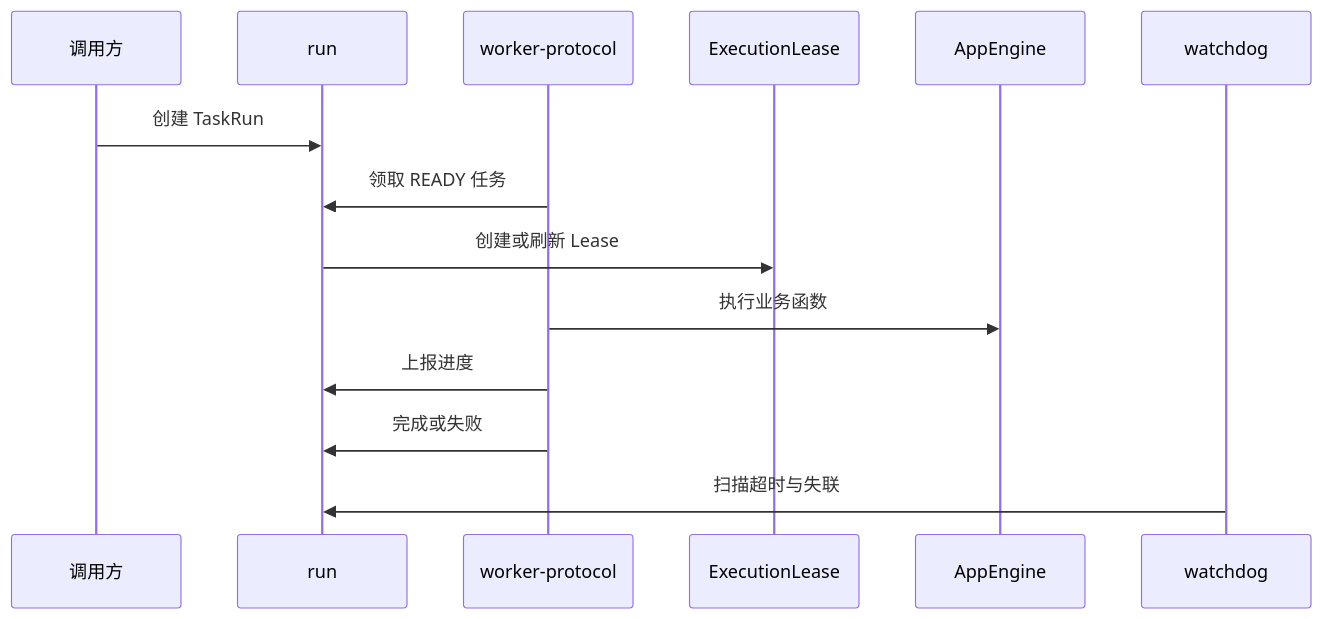
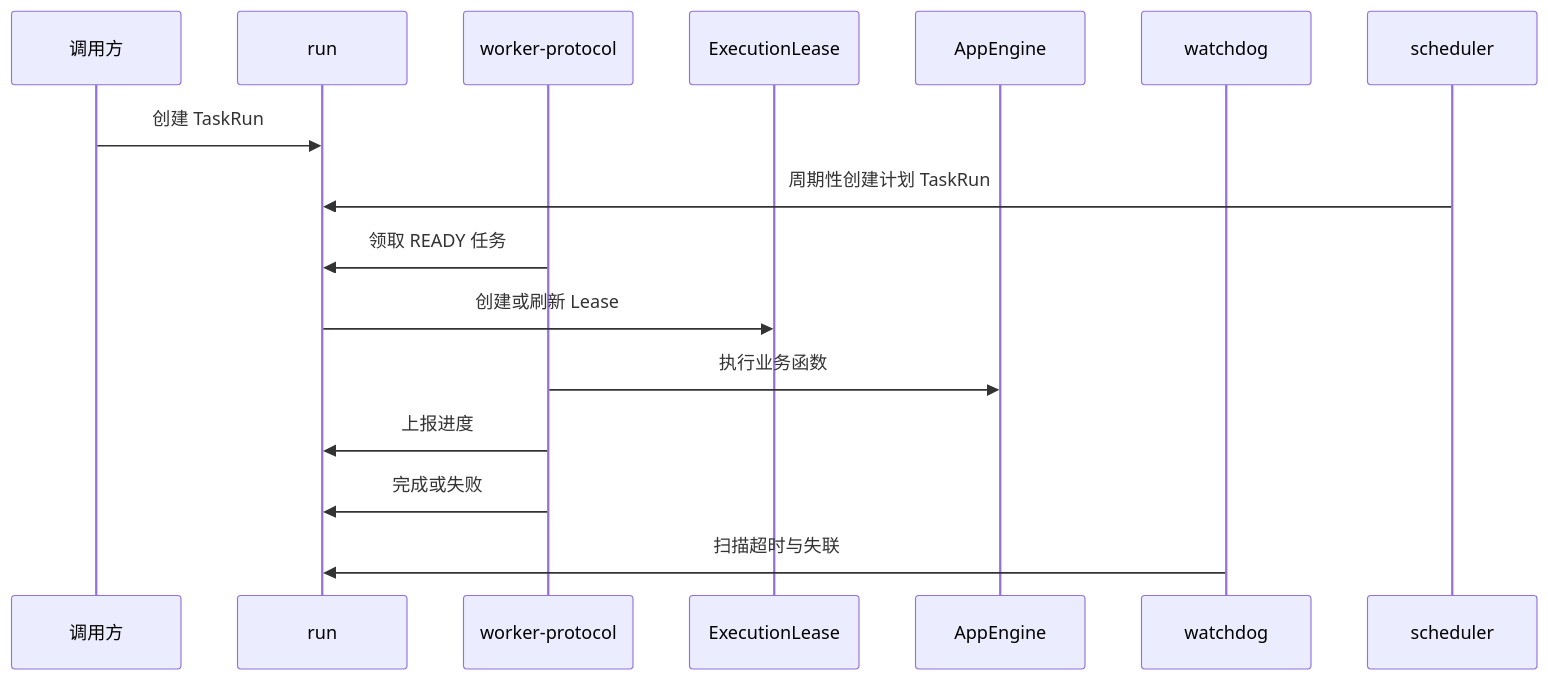
One commit to wangweihong/omnimam-spec changed the diagram in 02_architecture/domains/task-center.md. Above: the diagram before and after it, drawn with Mermaid. The commit also changed other lines of this file and 6 other files, not shown here.

````diff
--- a/02_architecture/domains/task-center.md
+++ b/02_architecture/domains/task-center.md
@@ -28,17 +30,19 @@
 ```mermaid
 sequenceDiagram
   participant Caller as 调用方
   participant Run as run
   participant Worker as worker-protocol
   participant Lease as ExecutionLease
   participant Engine as AppEngine
   participant Watchdog as watchdog
+  participant Scheduler as scheduler
 
   Caller->>Run: 创建 TaskRun
+  Scheduler->>Run: 周期性创建计划 TaskRun
   Worker->>Run: 领取 READY 任务
   Run->>Lease: 创建或刷新 Lease
   Worker->>Engine: 执行业务函数
   Worker->>Run: 上报进度
   Worker->>Run: 完成或失败
   Watchdog->>Run: 扫描超时与失联
 ```
````
